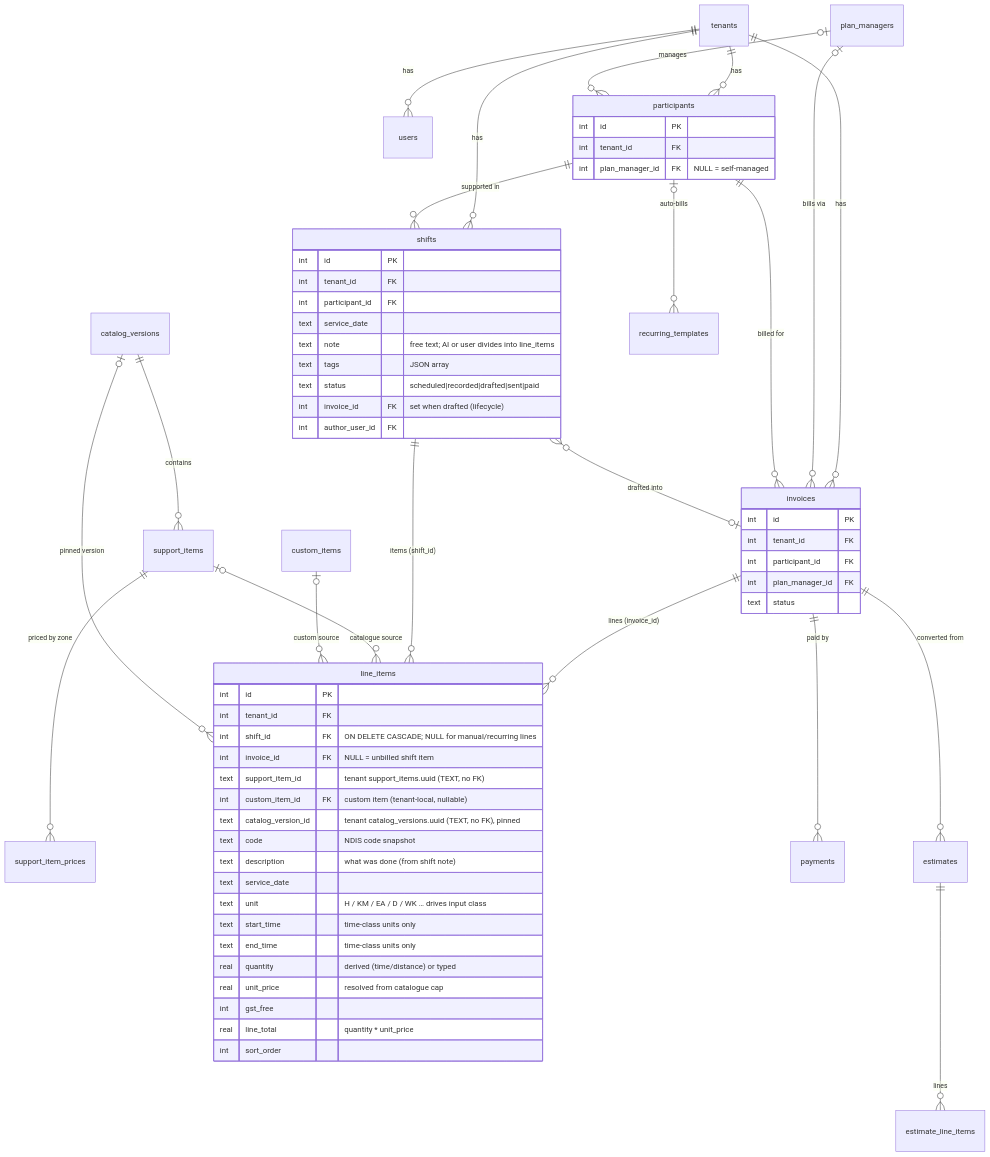
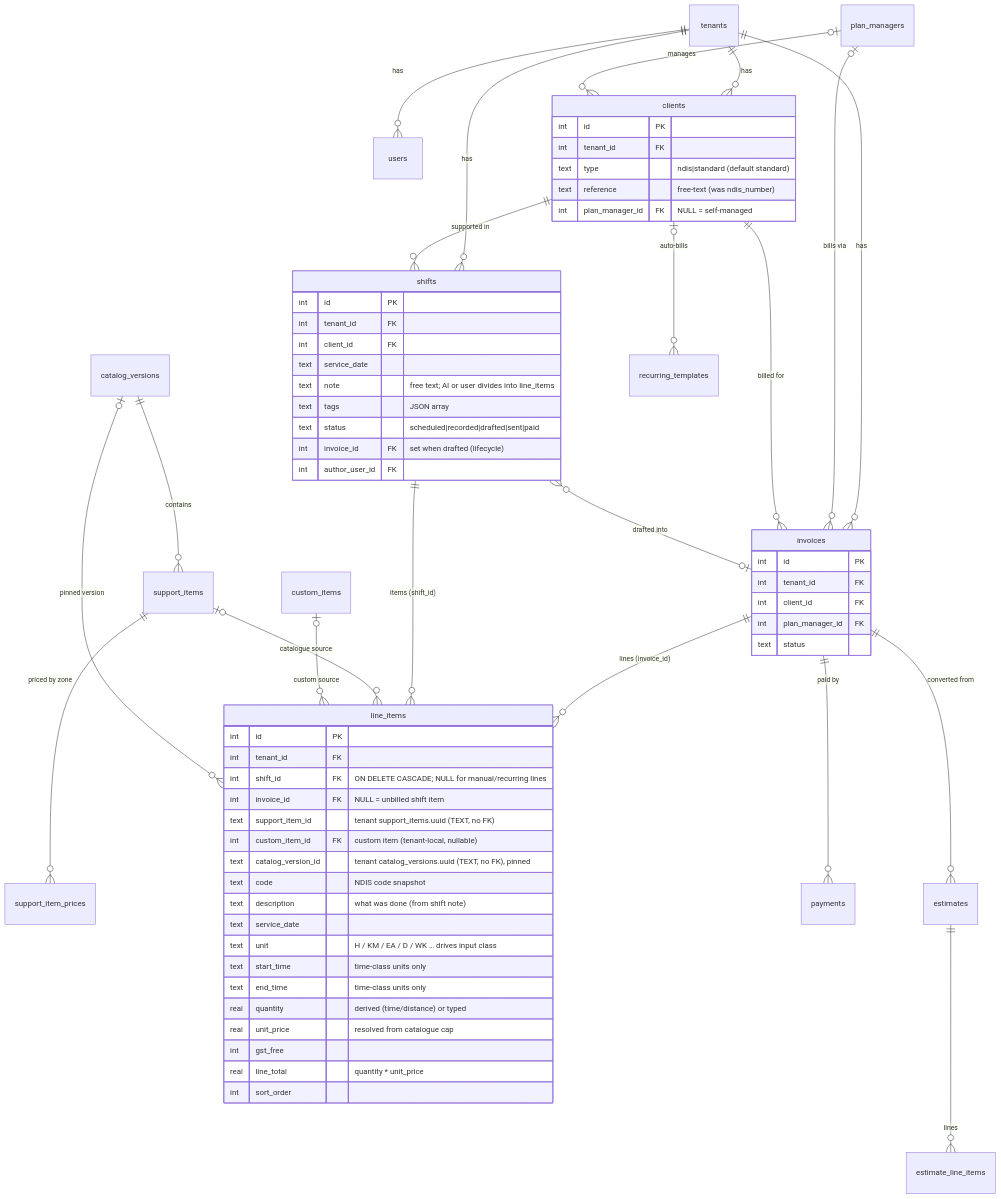
The diagram in docs/data-model.md (dknathalage/tallyo), drawn with Mermaid before and after one commit. The commit also changed 111 other files, not shown here.

First line of the commit message:
refactor: rename participant to client; ndis_number to reference; add client.type

````diff
--- a/docs/data-model.md
+++ b/docs/data-model.md
@@ -29,74 +29,76 @@
 ```mermaid
 erDiagram
     tenants ||--o{ users : has
-    tenants ||--o{ participants : has
+    tenants ||--o{ clients : has
     tenants ||--o{ invoices : has
     tenants ||--o{ shifts : has
 
-    plan_managers |o--o{ participants : manages
+    plan_managers |o--o{ clients : manages
     plan_managers |o--o{ invoices : "bills via"
-    participants ||--o{ shifts : "supported in"
-    participants ||--o{ invoices : "billed for"
+    clients ||--o{ shifts : "supported in"
+    clients ||--o{ invoices : "billed for"
 
     catalog_versions ||--o{ support_items : contains
     support_items ||--o{ support_item_prices : "priced by zone"
 
     invoices ||--o{ line_items : "lines (invoice_id)"
     shifts   ||--o{ line_items : "items (shift_id)"
     shifts   }o--o| invoices : "drafted into"
     support_items |o--o{ line_items : "catalogue source"
     custom_items  |o--o{ line_items : "custom source"
     catalog_versions |o--o{ line_items : "pinned version"
 
     invoices ||--o{ payments : "paid by"
     invoices ||--o{ estimates : "converted from"
     estimates ||--o{ estimate_line_items : lines
-    participants |o--o{ recurring_templates : "auto-bills"
+    clients |o--o{ recurring_templates : "auto-bills"
 
     line_items {
         int     id PK
         int     tenant_id FK
         int     shift_id   FK "ON DELETE CASCADE; NULL for manual/recurring lines"
         int     invoice_id FK "NULL = unbilled shift item"
         text    support_item_id "tenant support_items.uuid (TEXT, no FK)"
         int     custom_item_id  FK "custom item (tenant-local, nullable)"
         text    catalog_version_id "tenant catalog_versions.uuid (TEXT, no FK), pinned"
         text    code "NDIS code snapshot"
         text    description "what was done (from shift note)"
         text    service_date
         text    unit "H / KM / EA / D / WK … drives input class"
         text    start_time "time-class units only"
         text    end_time   "time-class units only"
         real    quantity "derived (time/distance) or typed"
         real    unit_price "resolved from catalogue cap"
         int     gst_free
         real    line_total "quantity * unit_price"
         int     sort_order
     }
 
     shifts {
         int  id PK
         int  tenant_id FK
-        int  participant_id FK
+        int  client_id FK
         text service_date
         text note "free text; AI or user divides into line_items"
         text tags "JSON array"
         text status "scheduled|recorded|drafted|sent|paid"
         int  invoice_id FK "set when drafted (lifecycle)"
         int  author_user_id FK
     }
 
     invoices {
         int  id PK
         int  tenant_id FK
-        int  participant_id FK
+        int  client_id FK
         int  plan_manager_id FK
         text status
     }
 
-    participants {
+    clients {
         int  id PK
         int  tenant_id FK
+        text type "ndis|standard (default standard)"
+        text reference "free-text (was ndis_number)"
         int  plan_manager_id FK "NULL = self-managed"
     }
 ```
````
